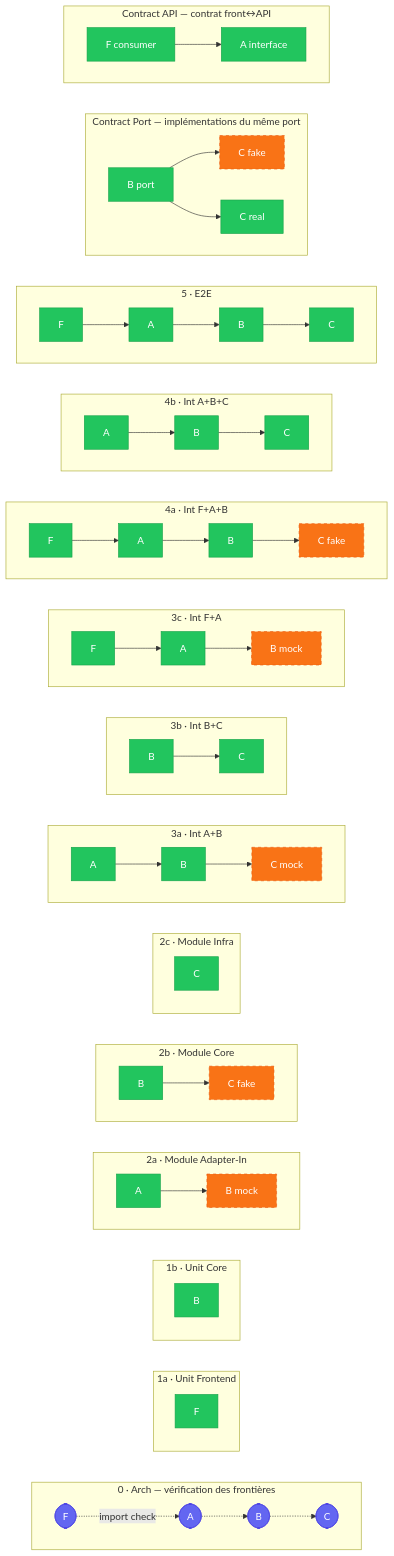
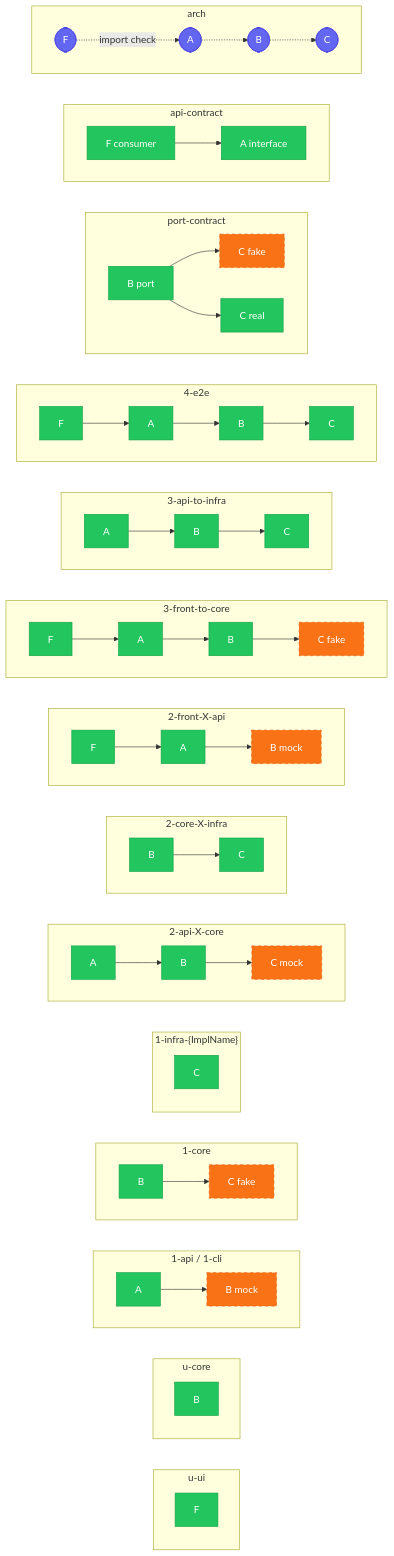
One commit to JulienRobberechts/argos changed the diagram in .claude/testing-2.md. Above: the diagram before and after it, drawn with Mermaid. The commit also changed other lines of this file, not shown here.

````diff
--- a/.claude/testing-2.md
+++ b/.claude/testing-2.md
@@ -214,74 +313,74 @@
 ```mermaid
 graph LR
     classDef real fill:#22c55e,color:#fff,stroke:#16a34a
     classDef fake fill:#f97316,color:#fff,stroke:#ea580c,stroke-dasharray:5 5
     classDef meta fill:#6366f1,color:#fff,stroke:#4f46e5
 
-    subgraph arch["0 · Arch — vérification des frontières"]
-        direction LR
-        a_f([F]):::meta -.->|import check| a_a([A]):::meta -.-> a_b([B]):::meta -.-> a_c([C]):::meta
-    end
-
-    subgraph uf["1a · Unit Frontend"]
+    subgraph uf["u-ui"]
         uf_f[F]:::real
     end
 
-    subgraph uc["1b · Unit Core"]
+    subgraph uc["u-core"]
         uc_b[B]:::real
     end
 
-    subgraph ma["2a · Module Adapter-In"]
+    subgraph ma["1-api / 1-cli"]
         direction LR
         ma_a[A]:::real --> ma_b[B mock]:::fake
     end
 
-    subgraph mc["2b · Module Core"]
+    subgraph mc["1-core"]
         direction LR
         mc_b[B]:::real --> mc_c[C fake]:::fake
     end
 
-    subgraph mi["2c · Module Infra"]
+    subgraph mi["1-infra-{ImplName}"]
         mi_c[C]:::real
     end
 
-    subgraph iab["3a · Int A+B"]
+    subgraph iab["2-api-X-core"]
         direction LR
         iab_a[A]:::real --> iab_b[B]:::real --> iab_c[C mock]:::fake
     end
 
-    subgraph ibc["3b · Int B+C"]
+    subgraph ibc["2-core-X-infra"]
         direction LR
         ibc_b[B]:::real --> ibc_c[C]:::real
     end
 
-    subgraph ifa["3c · Int F+A"]
+    subgraph ifa["2-front-X-api"]
         direction LR
         ifa_f[F]:::real --> ifa_a[A]:::real --> ifa_b[B mock]:::fake
     end
 
-    subgraph ifab["4a · Int F+A+B"]
+    subgraph ifab["3-front-to-core"]
         direction LR
         ifab_f[F]:::real --> ifab_a[A]:::real --> ifab_b[B]:::real --> ifab_c[C fake]:::fake
     end
 
-    subgraph iabc["4b · Int A+B+C"]
+    subgraph iabc["3-api-to-infra"]
         direction LR
         iabc_a[A]:::real --> iabc_b[B]:::real --> iabc_c[C]:::real
     end
 
-    subgraph e2e["5 · E2E"]
+    subgraph e2e["4-e2e"]
         direction LR
         e2e_f[F]:::real --> e2e_a[A]:::real --> e2e_b[B]:::real --> e2e_c[C]:::real
     end
 
-    subgraph cp["Contract Port — implémentations du même port"]
+    subgraph cp["port-contract"]
         direction LR
         cp_b[B port]:::real --> cp_c1[C fake]:::fake
         cp_b --> cp_c2[C real]:::real
     end
 
-    subgraph ca["Contract API — contrat front↔API"]
+    subgraph ca["api-contract"]
         direction LR
         ca_f[F consumer]:::real --> ca_a[A interface]:::real
     end
+
+    subgraph arch["arch"]
+        direction LR
+        a_f([F]):::meta -.->|import check| a_a([A]):::meta -.-> a_b([B]):::meta -.-> a_c([C]):::meta
+    end
 ```
````
